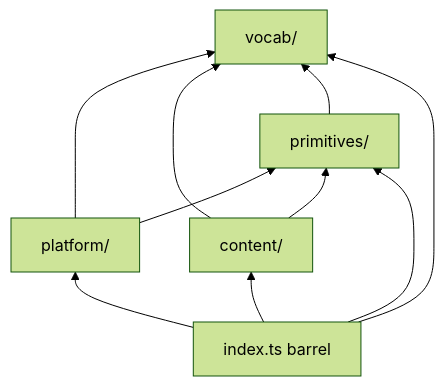
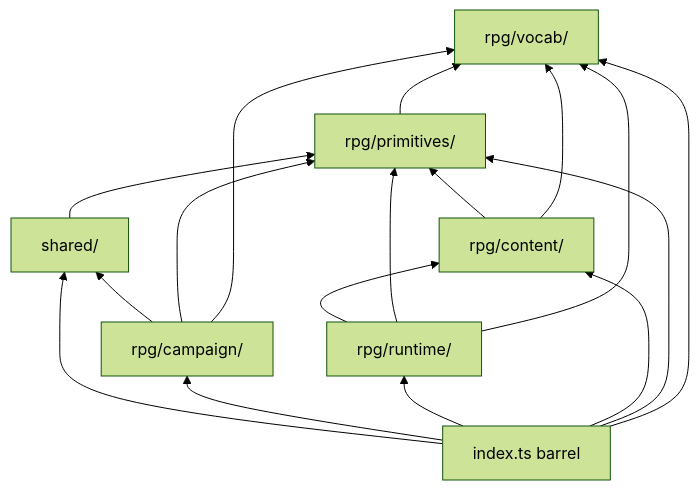
The diagram in packages/contracts/docs/structure.md (jeremyphillips/rpg-world-builder-app), drawn with Mermaid (forest theme) before and after one commit. The commit also changed other lines of this file and 201 other files, not shown here.

````diff
--- a/packages/contracts/docs/structure.md
+++ b/packages/contracts/docs/structure.md
@@ -25,18 +33,27 @@
 ```mermaid
 flowchart BT
-  platform["platform/"]
-  content["content/"]
-  primitives["primitives/"]
-  vocab["vocab/"]
+  shared["shared/"]
+  campaign["rpg/campaign/"]
+  runtime["rpg/runtime/"]
+  content["rpg/content/"]
+  primitives["rpg/primitives/"]
+  vocab["rpg/vocab/"]
   index["index.ts barrel"]
 
-  platform --> primitives
-  platform --> vocab
+  campaign --> shared
+  campaign --> primitives
+  campaign --> vocab
+  runtime --> content
+  runtime --> primitives
+  runtime --> vocab
   content --> primitives
   content --> vocab
   primitives --> vocab
-  index --> platform
+  shared --> primitives
+  index --> shared
+  index --> campaign
+  index --> runtime
   index --> content
   index --> primitives
   index --> vocab
 ```
````
